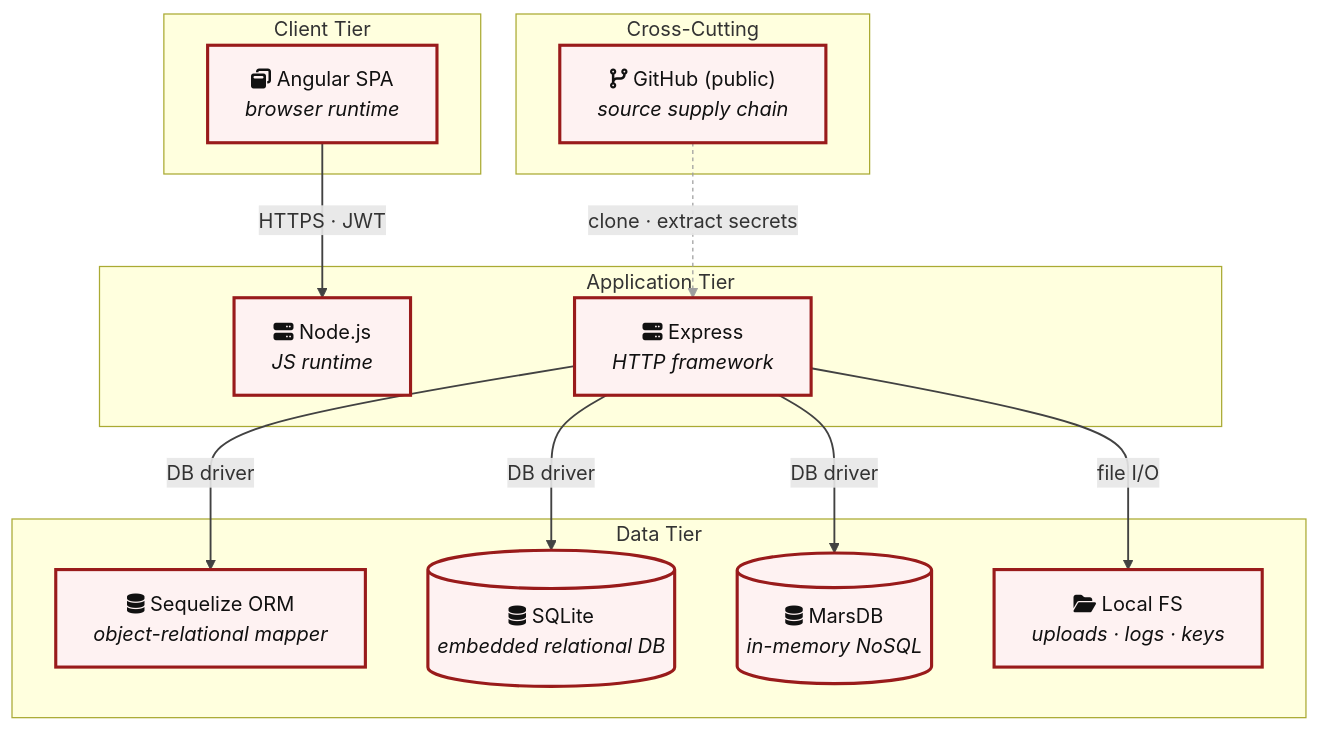
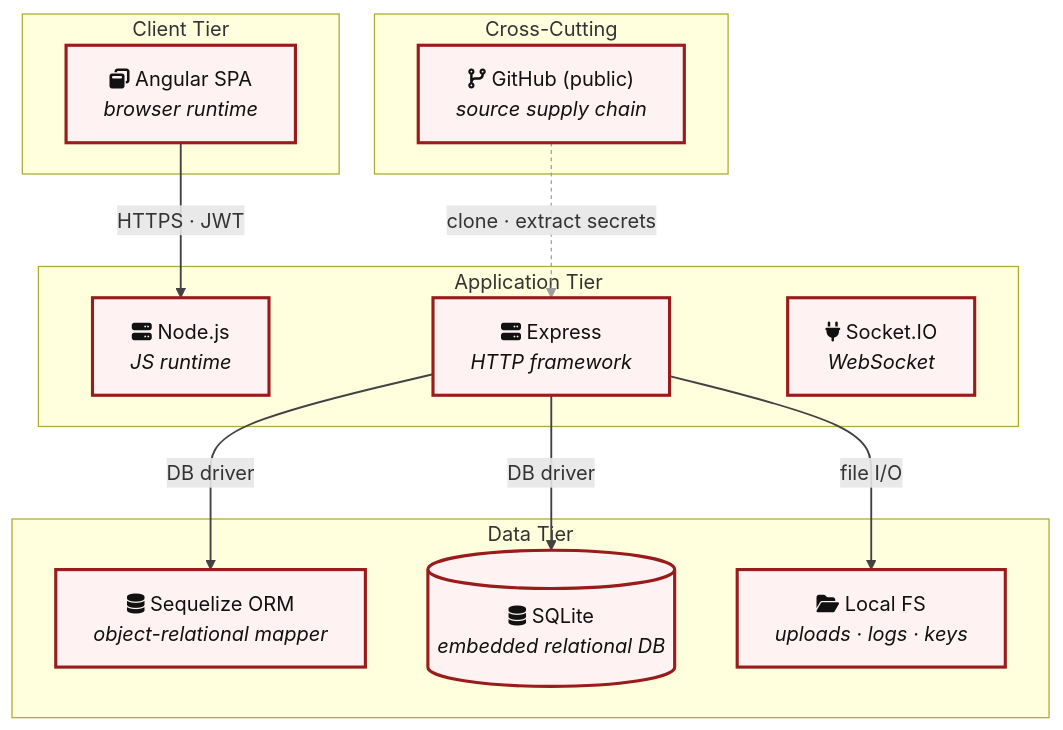
The seventh of 27 diagrams in examples/threat-modeler/threat-model-juice-shop-standard.md (appsec-foundry/appsec-advisor), drawn with Mermaid before and after one commit. The commit also changed other lines of this file and 3 other files, not shown here.

````diff
--- a/examples/threat-modeler/threat-model-juice-shop-standard.md
+++ b/examples/threat-modeler/threat-model-juice-shop-standard.md
@@ -451,30 +531,29 @@
 ```mermaid
 flowchart TD
     subgraph CLIENT["Client Tier"]
         FE_ANGULAR["fa:fa-window-restore Angular SPA<br/><i>browser runtime</i>"]:::risk
     end
     subgraph APP["Application Tier"]
         RUNTIME["fa:fa-server Node.js<br/><i>JS runtime</i>"]:::risk
         EXPRESS["fa:fa-server Express<br/><i>HTTP framework</i>"]:::risk
+        REALTIME["fa:fa-plug Socket.IO<br/><i>WebSocket</i>"]:::risk
     end
     subgraph DATA["Data Tier"]
         ORM["fa:fa-database Sequelize ORM<br/><i>object-relational mapper</i>"]:::risk
         SQLITE[("fa:fa-database SQLite<br/><i>embedded relational DB</i>")]:::risk
-        MARSDB[("fa:fa-database MarsDB<br/><i>in-memory NoSQL</i>")]:::risk
         LOCAL_FS["fa:fa-folder-open Local FS<br/><i>uploads · logs · keys</i>"]:::risk
     end
     subgraph INFRA["Cross-Cutting"]
         INFRA_SCM["fa:fa-code-branch GitHub (public)<br/><i>source supply chain</i>"]:::risk
     end
     FE_ANGULAR -->|"HTTPS · JWT"| RUNTIME
     EXPRESS -->|"DB driver"| ORM
     EXPRESS -->|"DB driver"| SQLITE
-    EXPRESS -->|"DB driver"| MARSDB
     EXPRESS -->|"file I/O"| LOCAL_FS
     INFRA_SCM -.->|"clone · extract secrets"| EXPRESS
 
     classDef risk fill:#fef2f2,stroke:#991b1b,color:#111,stroke-width:2.5px
     classDef ok fill:#e8f1ea,stroke:#2e7d32,color:#1b5e20,stroke-width:1.5px
-    linkStyle 0,1,2,3,4 stroke:#424242,stroke-width:1.5px
-    linkStyle 5 stroke:#9e9e9e,stroke-width:1px,stroke-dasharray:3 3
+    linkStyle 0,1,2,3 stroke:#424242,stroke-width:1.5px
+    linkStyle 4 stroke:#9e9e9e,stroke-width:1px,stroke-dasharray:3 3
 ```
````
